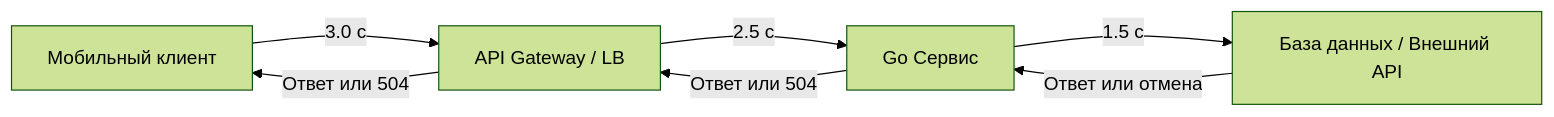
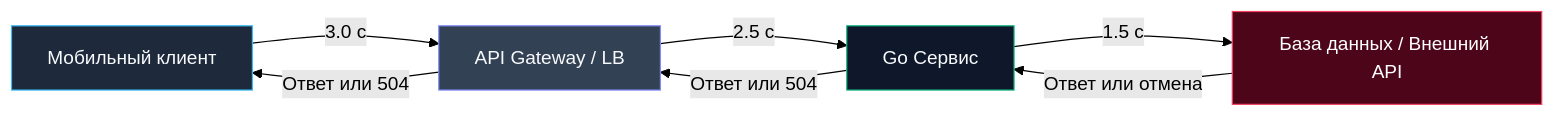
One commit to UnrealTemplier/go-textbook changed the diagram in sources/9. Бэкенд на Go (Практика разработки)/31. Таймауты и SLA.md. Above: the diagram before and after it, drawn with Mermaid (forest theme). The commit also changed other lines of this file, not shown here.

````diff
--- a/sources/9. Бэкенд на Go (Практика разработки)/31. Таймауты и SLA.md
+++ b/sources/9. Бэкенд на Go (Практика разработки)/31. Таймауты и SLA.md
@@ -11,9 +15,18 @@
 ```mermaid
 flowchart LR
     A["Мобильный клиент"] -->|"3.0 с"| B["API Gateway / LB"]
     B -->|"2.5 с"| C["Go Сервис"]
     C -->|"1.5 с"| D["База данных / Внешний API"]
     D -->|"Ответ или отмена"| C
     C -->|"Ответ или 504"| B
     B -->|"Ответ или 504"| A
+
+    classDef client fill:#1e293b,stroke:#38bdf8,color:#f8fafc;
+    classDef edge fill:#334155,stroke:#818cf8,color:#f8fafc;
+    classDef app fill:#0f172a,stroke:#10b981,color:#f8fafc;
+    classDef storage fill:#4c0519,stroke:#f43f5e,color:#ffffff;
+    class A client;
+    class B edge;
+    class C app;
+    class D storage;
 ```
````
